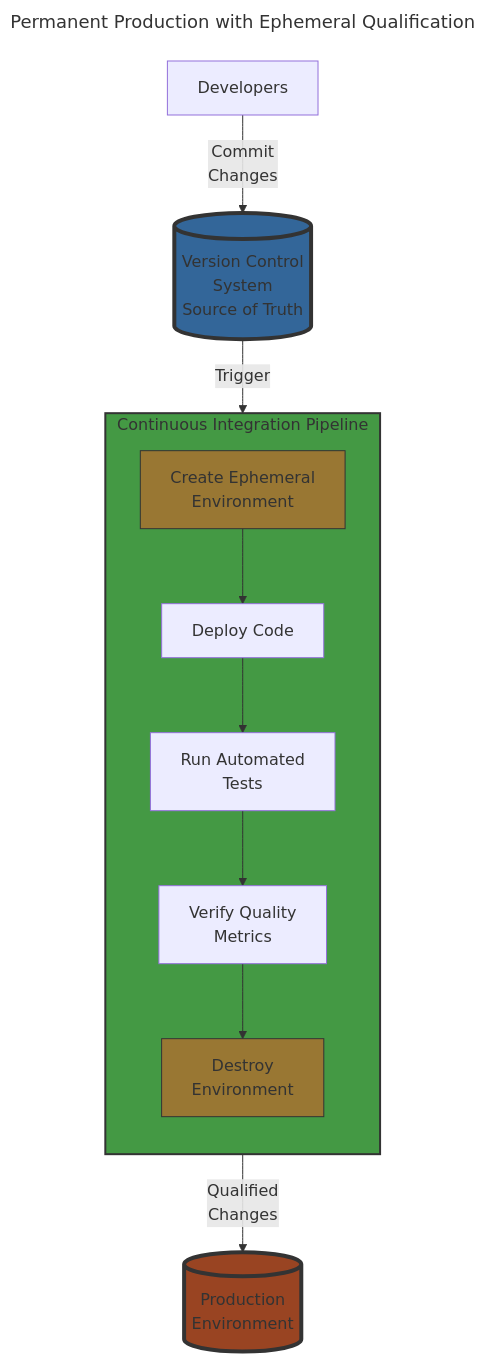
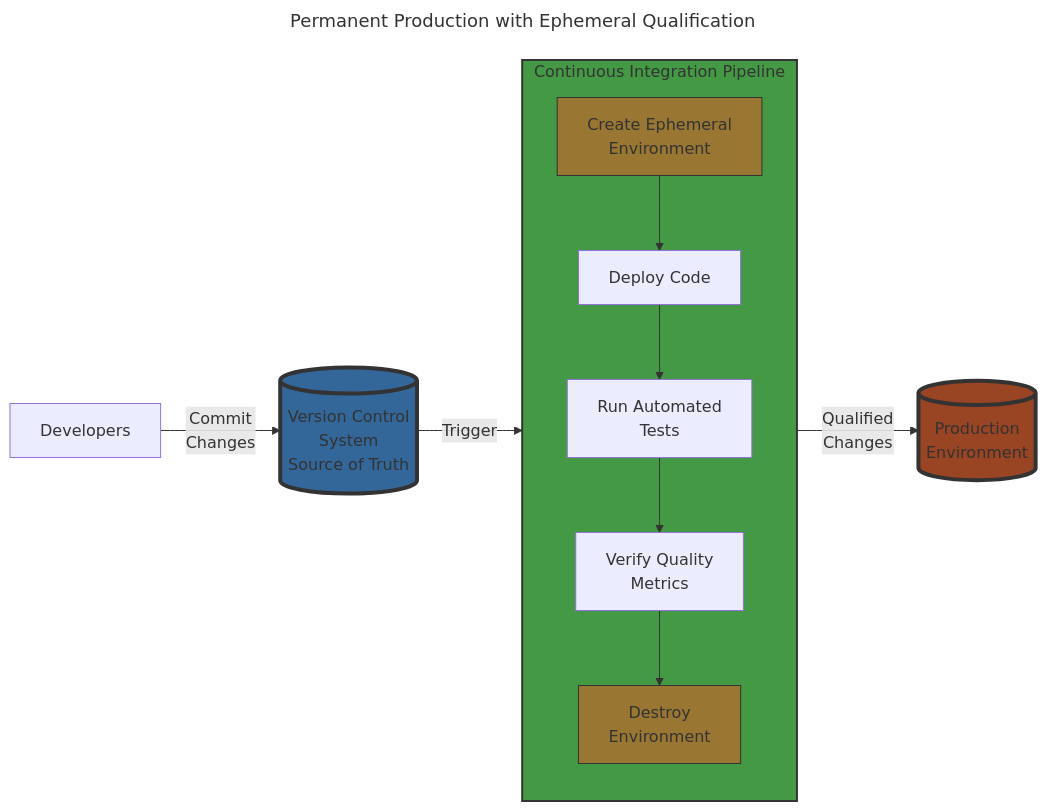
The second of 4 diagrams in articles/SoftwareDeliveryStrategies.md (ibm-webmethods-continuous-delivery/1c-framework), drawn with Mermaid before and after one commit. The commit also changed other lines of this file, not shown here.

````diff
--- a/articles/SoftwareDeliveryStrategies.md
+++ b/articles/SoftwareDeliveryStrategies.md
@@ -163,33 +170,33 @@
 ```mermaid
 ---
 title: Permanent Production with Ephemeral Qualification
 ---
-flowchart TB
+flowchart LR
     VCS[(Version Control<br/>System<br/>Source of Truth)]
     
     subgraph CI [Continuous Integration Pipeline]
         direction TB
         CREATE[Create Ephemeral<br/>Environment]
         DEPLOY[Deploy Code]
         TEST[Run Automated<br/>Tests]
         VERIFY[Verify Quality<br/>Metrics]
         DESTROY[Destroy<br/>Environment]
         
         CREATE --> DEPLOY
         DEPLOY --> TEST
         TEST --> VERIFY
         VERIFY --> DESTROY
     end
     
     PROD[(Production<br/>Environment)]
     
     DEV[Developers] -->|Commit<br/>Changes| VCS
     VCS -->|Trigger| CI
     CI -->|Qualified<br/>Changes| PROD
     
     style VCS fill:#369,stroke:#333,stroke-width:4px
     style PROD fill:#942,stroke:#333,stroke-width:4px
     style CI fill:#494,stroke:#333,stroke-width:2px
     style CREATE fill:#973,stroke:#333,stroke-width:1px
     style DESTROY fill:#973,stroke:#333,stroke-width:1px
 ```
````
